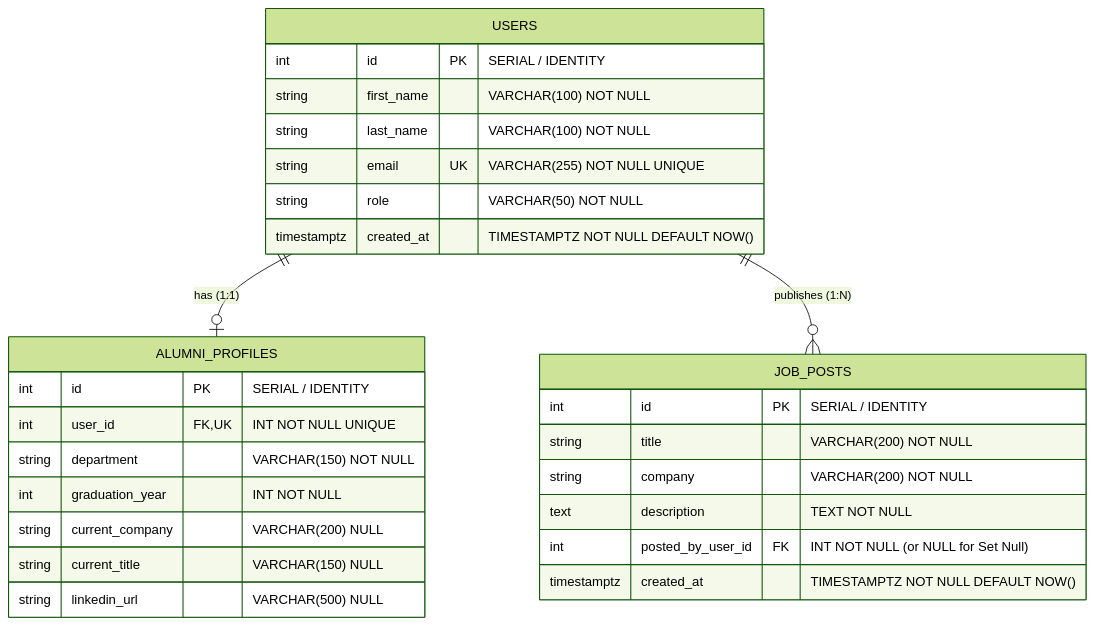
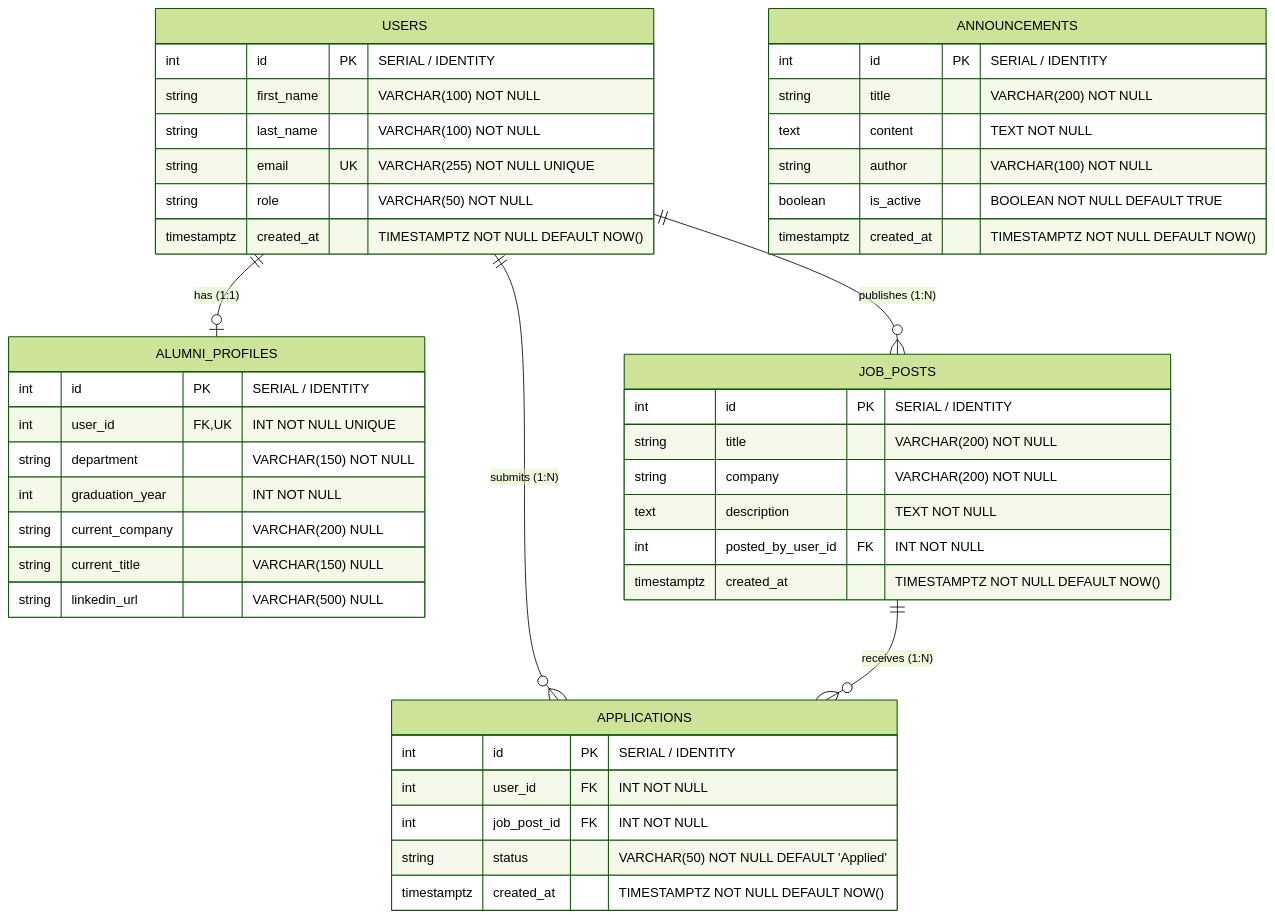
Before and after one commit to Sheva0710/Alumni: the diagram in DATA_DESIGN.md, drawn with Mermaid (forest theme). The commit also changed other lines of this file and 38 other files, not shown here.

Commit message:
feat(week-06): add job postings, applications join table, nested routes, and razor UIs

````diff
--- a/DATA_DESIGN.md
+++ b/DATA_DESIGN.md
@@ -30,33 +30,52 @@
 ```mermaid
 erDiagram
     USERS ||--o| ALUMNI_PROFILES : "has (1:1)"
     USERS ||--o{ JOB_POSTS : "publishes (1:N)"
+    USERS ||--o{ APPLICATIONS : "submits (1:N)"
+    JOB_POSTS ||--o{ APPLICATIONS : "receives (1:N)"
 
     USERS {
         int id PK "SERIAL / IDENTITY"
         string first_name "VARCHAR(100) NOT NULL"
         string last_name "VARCHAR(100) NOT NULL"
         string email UK "VARCHAR(255) NOT NULL UNIQUE"
         string role "VARCHAR(50) NOT NULL"
         timestamptz created_at "TIMESTAMPTZ NOT NULL DEFAULT NOW()"
     }
 
     ALUMNI_PROFILES {
         int id PK "SERIAL / IDENTITY"
         int user_id FK,UK "INT NOT NULL UNIQUE"
         string department "VARCHAR(150) NOT NULL"
         int graduation_year "INT NOT NULL"
         string current_company "VARCHAR(200) NULL"
         string current_title "VARCHAR(150) NULL"
         string linkedin_url "VARCHAR(500) NULL"
     }
 
     JOB_POSTS {
         int id PK "SERIAL / IDENTITY"
         string title "VARCHAR(200) NOT NULL"
         string company "VARCHAR(200) NOT NULL"
         text description "TEXT NOT NULL"
-        int posted_by_user_id FK "INT NOT NULL (or NULL for Set Null)"
+        int posted_by_user_id FK "INT NOT NULL"
+        timestamptz created_at "TIMESTAMPTZ NOT NULL DEFAULT NOW()"
+    }
+
+    APPLICATIONS {
+        int id PK "SERIAL / IDENTITY"
+        int user_id FK "INT NOT NULL"
+        int job_post_id FK "INT NOT NULL"
+        string status "VARCHAR(50) NOT NULL DEFAULT 'Applied'"
+        timestamptz created_at "TIMESTAMPTZ NOT NULL DEFAULT NOW()"
+    }
+
+    ANNOUNCEMENTS {
+        int id PK "SERIAL / IDENTITY"
+        string title "VARCHAR(200) NOT NULL"
+        text content "TEXT NOT NULL"
+        string author "VARCHAR(100) NOT NULL"
+        boolean is_active "BOOLEAN NOT NULL DEFAULT TRUE"
         timestamptz created_at "TIMESTAMPTZ NOT NULL DEFAULT NOW()"
     }
 ```
````
